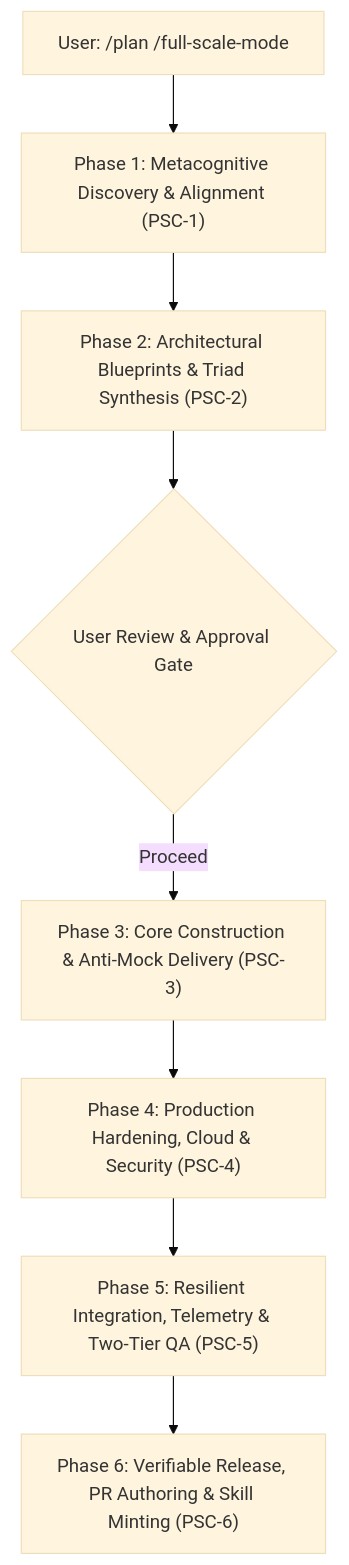
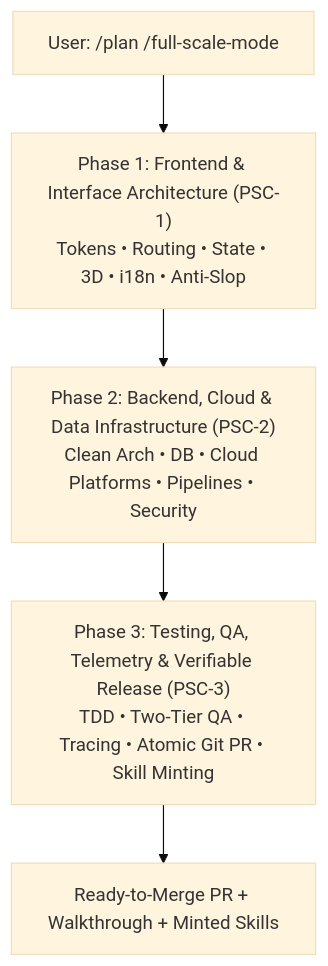
One commit to darknecrocities/SkillBuilder changed the first of 3 diagrams in README.md. Above: the diagram before and after it, drawn with Mermaid (base theme). The commit also changed other lines of this file and 9 other files, not shown here.

````diff
--- a/README.md
+++ b/README.md
@@ -267,10 +267,7 @@
 ```mermaid
 flowchart TD
-    INPUT["User: /plan /full-scale-mode <Task>"] --> P1["Phase 1: Metacognitive Discovery & Alignment (PSC-1)"]
-    P1 --> P2["Phase 2: Architectural Blueprints & Triad Synthesis (PSC-2)"]
-    P2 --> APPROVE{"User Review & Approval Gate"}
-    APPROVE -- "Proceed" --> P3["Phase 3: Core Construction & Anti-Mock Delivery (PSC-3)"]
-    P3 --> P4["Phase 4: Production Hardening, Cloud & Security (PSC-4)"]
-    P4 --> P5["Phase 5: Resilient Integration, Telemetry & Two-Tier QA (PSC-5)"]
-    P5 --> P6["Phase 6: Verifiable Release, PR Authoring & Skill Minting (PSC-6)"]
+    INPUT["User: /plan /full-scale-mode <Task>"] --> P1["Phase 1: Frontend & Interface Architecture (PSC-1)<br/>Tokens • Routing • State • 3D • i18n • Anti-Slop"]
+    P1 --> P2["Phase 2: Backend, Cloud & Data Infrastructure (PSC-2)<br/>Clean Arch • DB • Cloud Platforms • Pipelines • Security"]
+    P2 --> P3["Phase 3: Testing, QA, Telemetry & Verifiable Release (PSC-3)<br/>TDD • Two-Tier QA • Tracing • Atomic Git PR • Skill Minting"]
+    P3 --> RELEASE["Ready-to-Merge PR + Walkthrough + Minted Skills"]
 ```
````
